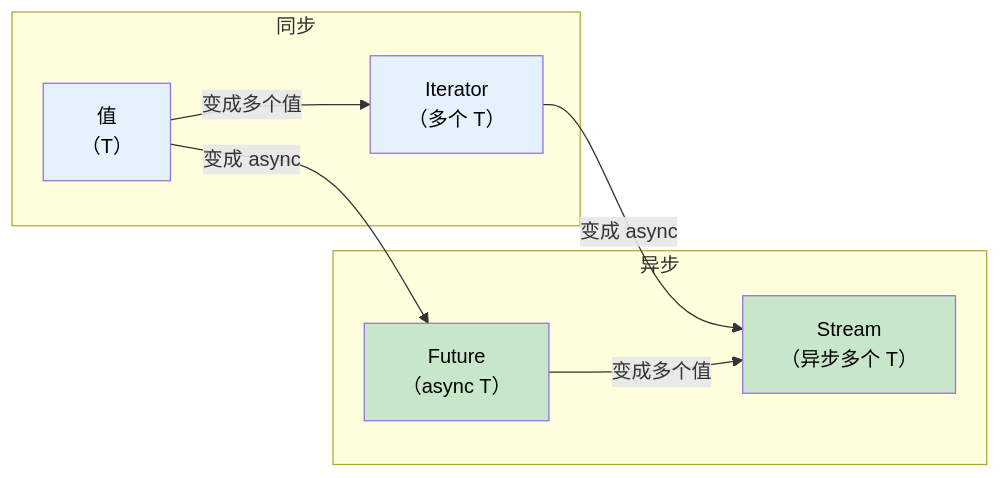
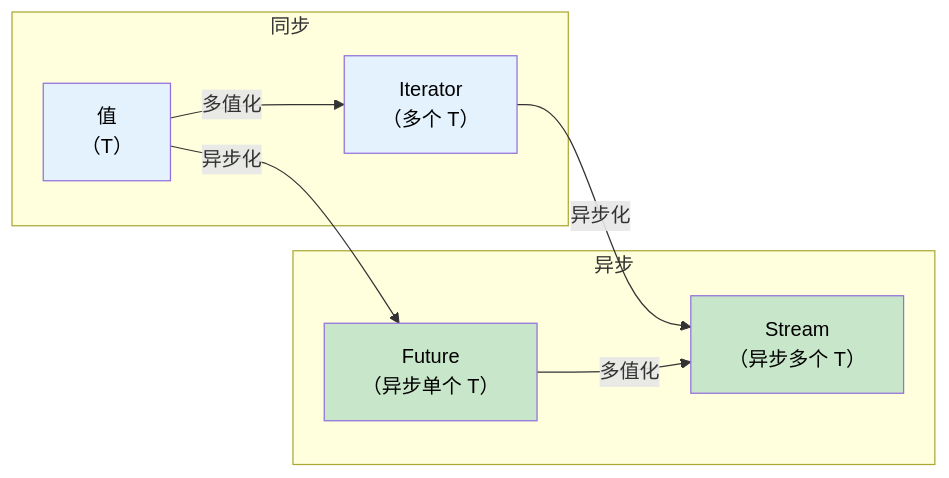
One commit to hearsay316/RustTraining changed the diagram in async-book/src-zh/ch11-streams-and-asynciterator.md. Above: the diagram before and after it, drawn with Mermaid. The commit also changed other lines of this file and 20 other files, not shown here.

````diff
--- a/async-book/src-zh/ch11-streams-and-asynciterator.md
+++ b/async-book/src-zh/ch11-streams-and-asynciterator.md
@@ -28,22 +42,22 @@
 ```mermaid
 graph LR
     subgraph "同步"
         VAL["值<br/>（T）"]
         ITER["Iterator<br/>（多个 T）"]
     end
 
     subgraph "异步"
-        FUT["Future<br/>（async T）"]
+        FUT["Future<br/>（异步单个 T）"]
         STREAM["Stream<br/>（异步多个 T）"]
     end
 
-    VAL -->|"变成 async"| FUT
-    ITER -->|"变成 async"| STREAM
-    VAL -->|"变成多个值"| ITER
-    FUT -->|"变成多个值"| STREAM
+    VAL -->|"异步化"| FUT
+    ITER -->|"异步化"| STREAM
+    VAL -->|"多值化"| ITER
+    FUT -->|"多值化"| STREAM
 
     style VAL fill:#e3f2fd,color:#000
     style ITER fill:#e3f2fd,color:#000
     style FUT fill:#c8e6c9,color:#000
     style STREAM fill:#c8e6c9,color:#000
 ```
````
